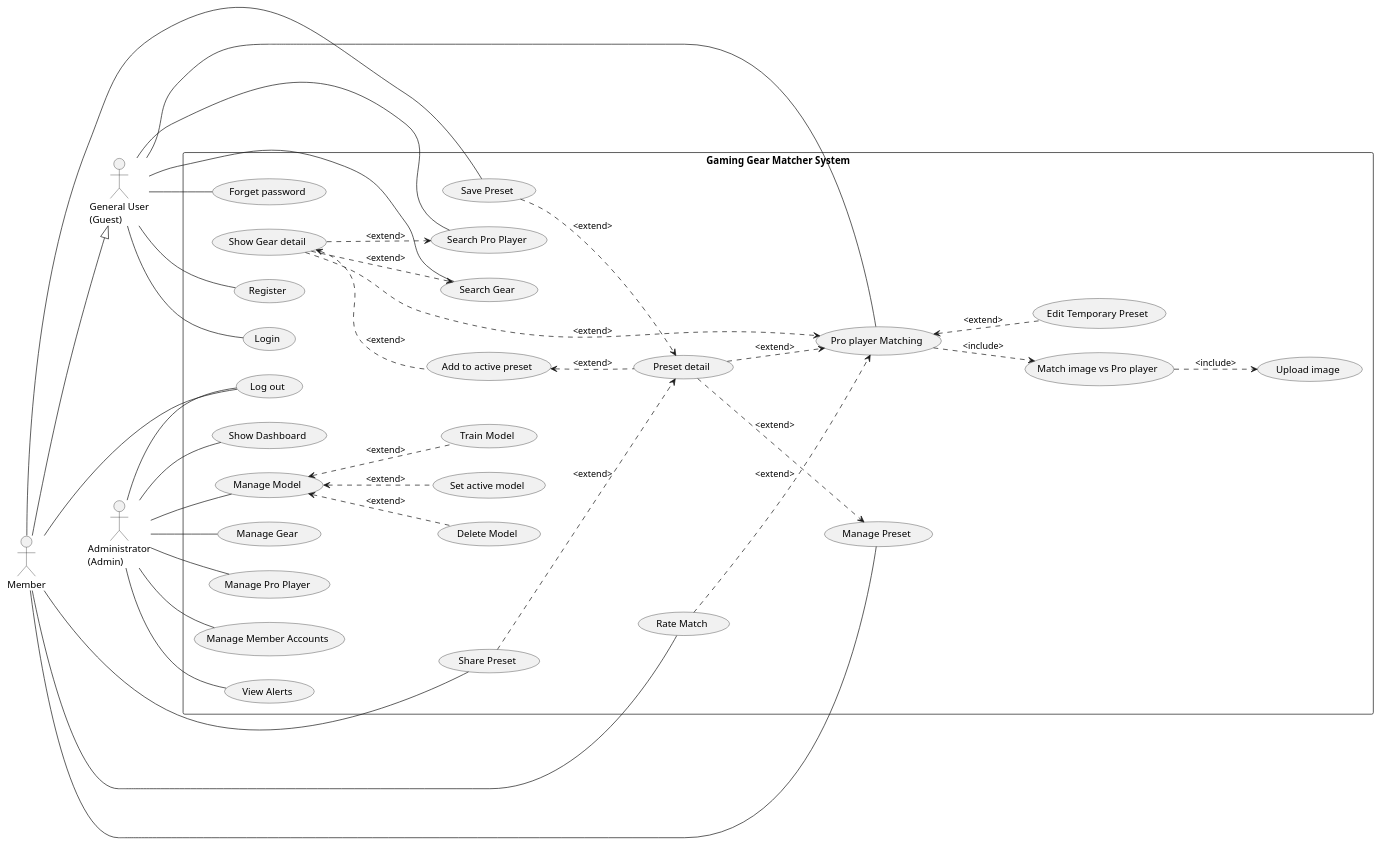
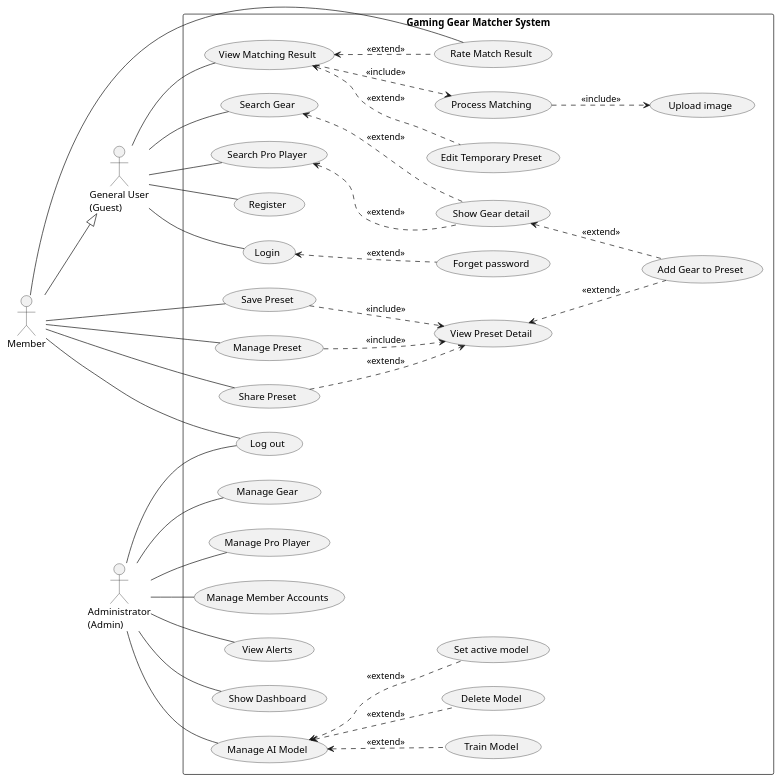
One commit to frukcharkrit/Gaming-Gear-Matcher-Project changed the diagram in Diagram/UsecaseDiagram.puml. Above: the diagram before and after it, drawn with PlantUML. The commit also changed 23 other files, not shown here.

```diff
--- a/Diagram/UsecaseDiagram.puml
+++ b/Diagram/UsecaseDiagram.puml
@@ -1,87 +1,95 @@
 @startuml
 left to right direction
+skinparam packageStyle rectangle
 
-' Define Actors
 actor "General User\n(Guest)" as Guest
 actor "Member" as Member
 actor "Administrator\n(Admin)" as Admin
 
-' Main System Boundary
 rectangle "Gaming Gear Matcher System" {
+    
+    ' Authentication
+    (Register) as UC_Register
+    (Login) as UC_Login
+    (Forget password) as UC_ForgotPWD
+    (Log out) as UC_Logout
 
-    ' Use Cases for all user types
-    (Forget password) as UC_ForgotPWD
+    ' Core Feature
     (Upload image) as UC_UpImg
-    (Match image vs Pro player) as UC_MatchPro2Img
-    (Pro player Matching) as UC_ViewMatchResult
+    (Process Matching) as UC_MatchPro2Img
+    (View Matching Result) as UC_ViewMatchResult
     (Edit Temporary Preset) as UC_EditTempPreset
+    (Rate Match Result) as UC_RateMatch
+
+    ' Search & Info
     (Search Gear) as UC_SearchGear
     (Show Gear detail) as UC_ShowGear
     (Search Pro Player) as UC_SearchProPlayer
-    (Register) as UC_Register
-    (Login) as UC_Login
-    (Preset detail) as UC_PSDetail
+    
+    ' Preset Management
+    (View Preset Detail) as UC_PSDetail
     (Save Preset) as UC_SavePreset
-    (Rate Match) as UC_RateMatch
     (Manage Preset) as UC_ManagePreset
     (Share Preset) as UC_SharePreset
-    (Log out) as UC_Logout
+    (Add Gear to Preset) as UC_AddGear
+    
+    ' Admin Functions
     (Manage Gear) as UC_ManageGear
     (Manage Pro Player) as UC_ManageProPlayer
     (Manage Member Accounts) as UC_ManageMember
     (View Alerts) as UC_ViewAlerts
-    (Add to active preset) as UC_AddGear
     (Show Dashboard) as UC_Dashboard
-    (Manage Model) as UC_ManageModel
+    
+    ' Model Management
+    (Manage AI Model) as UC_ManageModel
     (Train Model) as UC_TrainModel
     (Delete Model) as UC_DelModel
     (Set active model) as UC_SetActiveModel
-
 }
 
-' Define Relationships
-' Guest can perform these actions
+' --- Relationships ---
 
+Guest -- UC_Register
+Guest -- UC_Login
 Guest -- UC_ViewMatchResult
-
 Guest -- UC_SearchGear
 Guest -- UC_SearchProPlayer
-Guest -- UC_Register
-Guest -- UC_Login
-Guest -- UC_ForgotPWD
 
-' Member inherits all Guest's functionalities and has more
 Member --|> Guest
+Member -- UC_Logout
 Member -- UC_SavePreset
-Member -- UC_RateMatch
 Member -- UC_ManagePreset
 Member -- UC_SharePreset
-Member -- UC_Logout
+Member -- UC_RateMatch
 
-' Admin has their own set of functionalities
-
+Admin -- UC_Logout
 Admin -- UC_ManageGear
 Admin -- UC_ManageProPlayer
 Admin -- UC_ManageMember
 Admin -- UC_ViewAlerts
-Admin -- UC_Logout
+Admin -- UC_Dashboard
 Admin -- UC_ManageModel
-Admin -- UC_Dashboard
 
-UC_MatchPro2Img ..> UC_UpImg:<include>
-UC_ViewMatchResult ..> UC_MatchPro2Img:<include>
-UC_ViewMatchResult <.. UC_EditTempPreset: <extend>
-UC_ShowGear ..> UC_SearchProPlayer: <extend>
-UC_ShowGear ..> UC_ViewMatchResult: <extend>
-UC_ShowGear ..> UC_SearchGear: <extend>
-UC_RateMatch ..>UC_ViewMatchResult: <extend>
-UC_ShowGear <.. UC_AddGear:<extend>
-UC_AddGear <.. UC_PSDetail:<extend>
-UC_SavePreset ..> UC_PSDetail:<extend>
-UC_PSDetail ..> UC_ViewMatchResult:<extend>
-UC_PSDetail ..> UC_ManagePreset:<extend>
-UC_SharePreset ..> UC_PSDetail:<extend>
-UC_ManageModel <.. UC_TrainModel:<extend>
-UC_ManageModel <..UC_DelModel:<extend>
-UC_ManageModel <.. UC_SetActiveModel:<extend>
+UC_Login <.. UC_ForgotPWD : <<extend>>
+
+UC_ViewMatchResult ..> UC_MatchPro2Img : <<include>>
+UC_MatchPro2Img ..> UC_UpImg : <<include>>
+
+UC_ViewMatchResult <.. UC_EditTempPreset : <<extend>>
+UC_ViewMatchResult <.. UC_RateMatch : <<extend>>
+
+UC_SearchGear <.. UC_ShowGear : <<extend>>
+UC_SearchProPlayer <.. UC_ShowGear : <<extend>>
+
+UC_ManagePreset ..> UC_PSDetail : <<include>>
+UC_SavePreset ..> UC_PSDetail : <<include>>
+UC_SharePreset ..> UC_PSDetail : <<extend>>
+
+UC_ShowGear <.. UC_AddGear : <<extend>>
+UC_PSDetail <.. UC_AddGear : <<extend>>
+
+UC_ManageModel <.. UC_TrainModel : <<extend>>
+UC_ManageModel <.. UC_DelModel : <<extend>>
+UC_ManageModel <.. UC_SetActiveModel : <<extend>>
+
 @enduml
```
